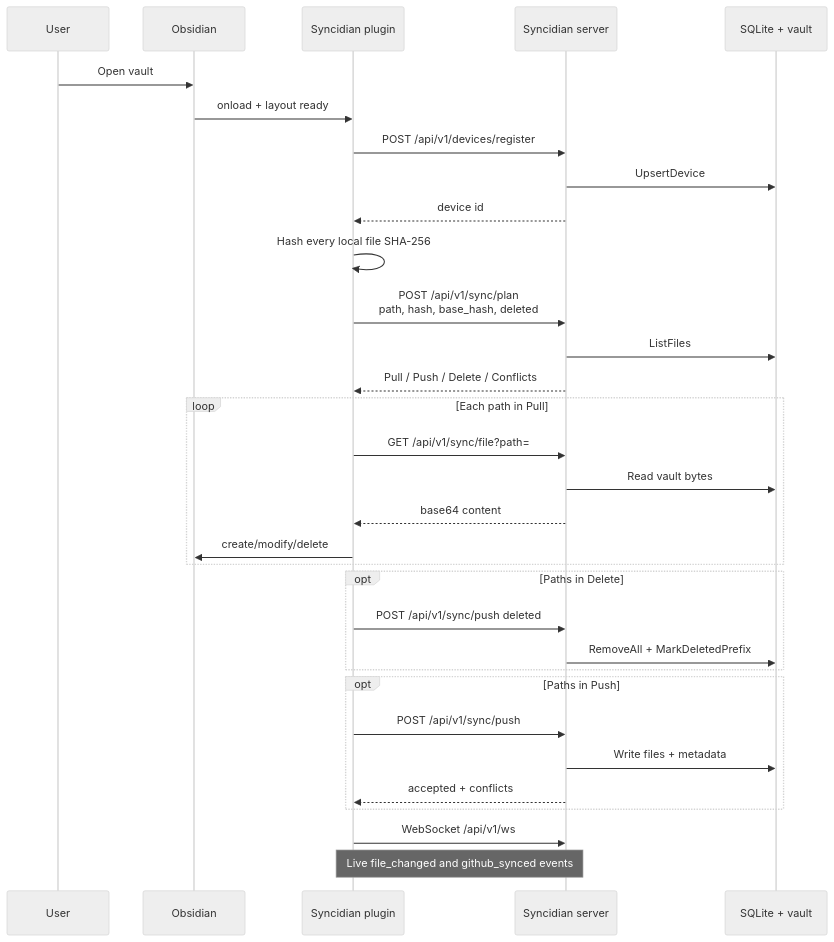
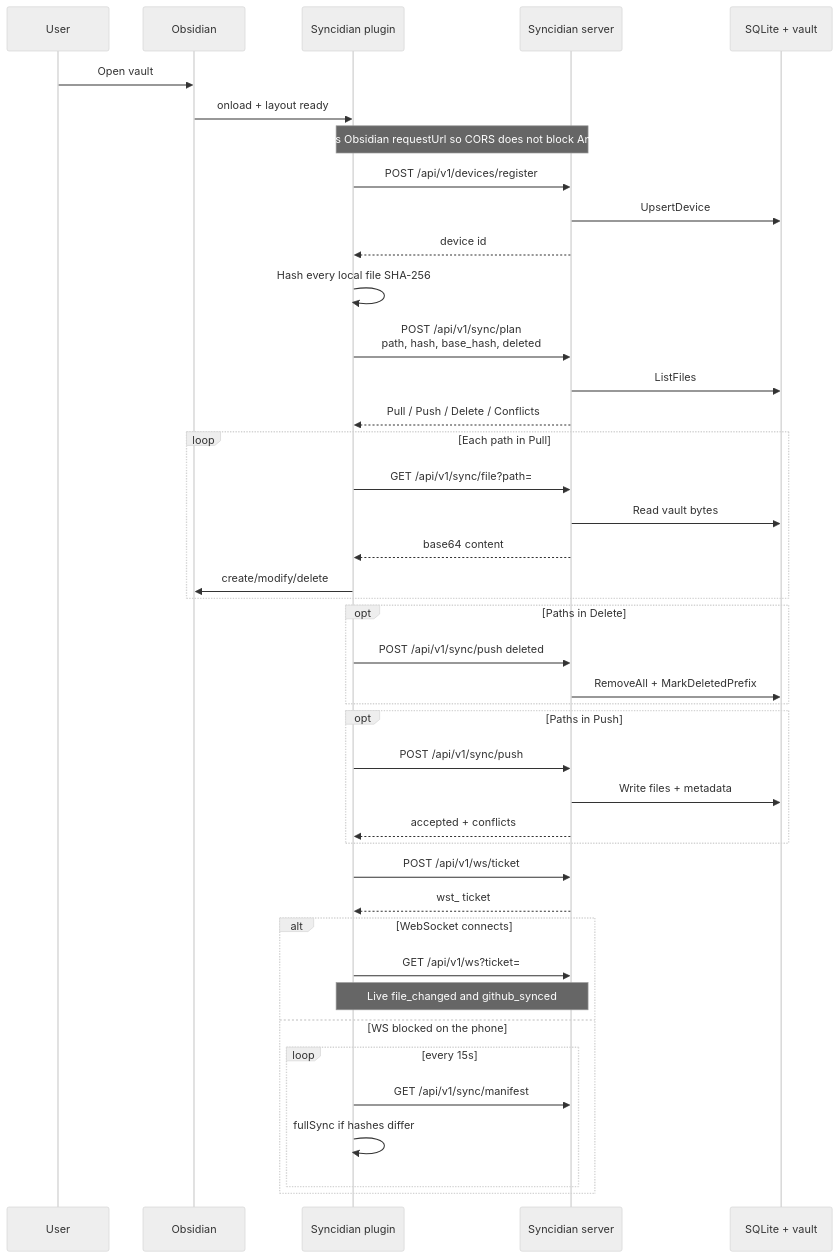
Before and after one commit to shangeethsivan/Syncidian: the fifth of 13 diagrams in docs/architecture.md, drawn with Mermaid (neutral theme). The commit also changed other lines of this file and 2 other files, not shown here.

First line of the commit message:
Update architecture diagrams for mobile plugin transport

````diff
--- a/docs/architecture.md
+++ b/docs/architecture.md
@@ -159,40 +163,50 @@
 ```mermaid
 sequenceDiagram
   participant User
   participant Obsidian
   participant Plugin as Syncidian plugin
   participant API as Syncidian server
   participant DB as SQLite + vault
 
   User->>Obsidian: Open vault
   Obsidian->>Plugin: onload + layout ready
+  Note over Plugin,API: HTTP uses Obsidian requestUrl so CORS does not block Android/iOS
   Plugin->>API: POST /api/v1/devices/register
   API->>DB: UpsertDevice
   API-->>Plugin: device id
 
   Plugin->>Plugin: Hash every local file SHA-256
   Plugin->>API: POST /api/v1/sync/plan<br/>path, hash, base_hash, deleted
   API->>DB: ListFiles
   API-->>Plugin: Pull / Push / Delete / Conflicts
 
   loop Each path in Pull
     Plugin->>API: GET /api/v1/sync/file?path=
     API->>DB: Read vault bytes
     API-->>Plugin: base64 content
     Plugin->>Obsidian: create/modify/delete
   end
 
   opt Paths in Delete
     Plugin->>API: POST /api/v1/sync/push deleted
     API->>DB: RemoveAll + MarkDeletedPrefix
   end
 
   opt Paths in Push
     Plugin->>API: POST /api/v1/sync/push
     API->>DB: Write files + metadata
     API-->>Plugin: accepted + conflicts
   end
 
-  Plugin->>API: WebSocket /api/v1/ws
-  Note over Plugin,API: Live file_changed and github_synced events
+  Plugin->>API: POST /api/v1/ws/ticket
+  API-->>Plugin: wst_ ticket
+  alt WebSocket connects
+    Plugin->>API: GET /api/v1/ws?ticket=
+    Note over Plugin,API: Live file_changed and github_synced
+  else WS blocked on the phone
+    loop every 15s
+      Plugin->>API: GET /api/v1/sync/manifest
+      Plugin->>Plugin: fullSync if hashes differ
+    end
+  end
 ```
````
